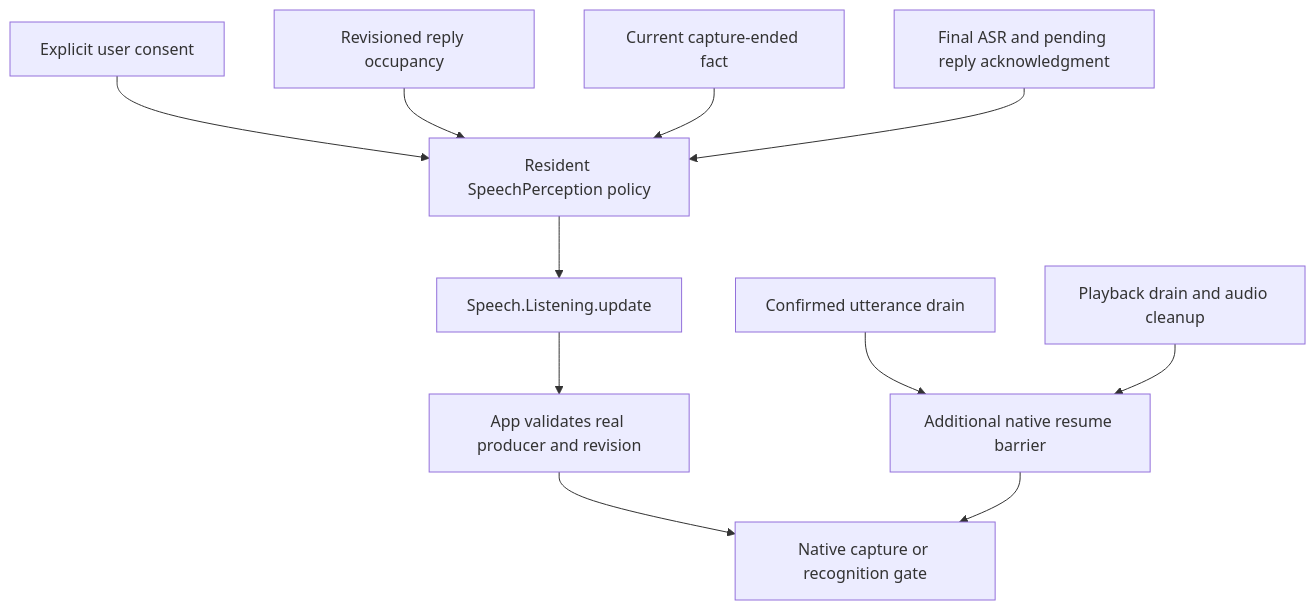
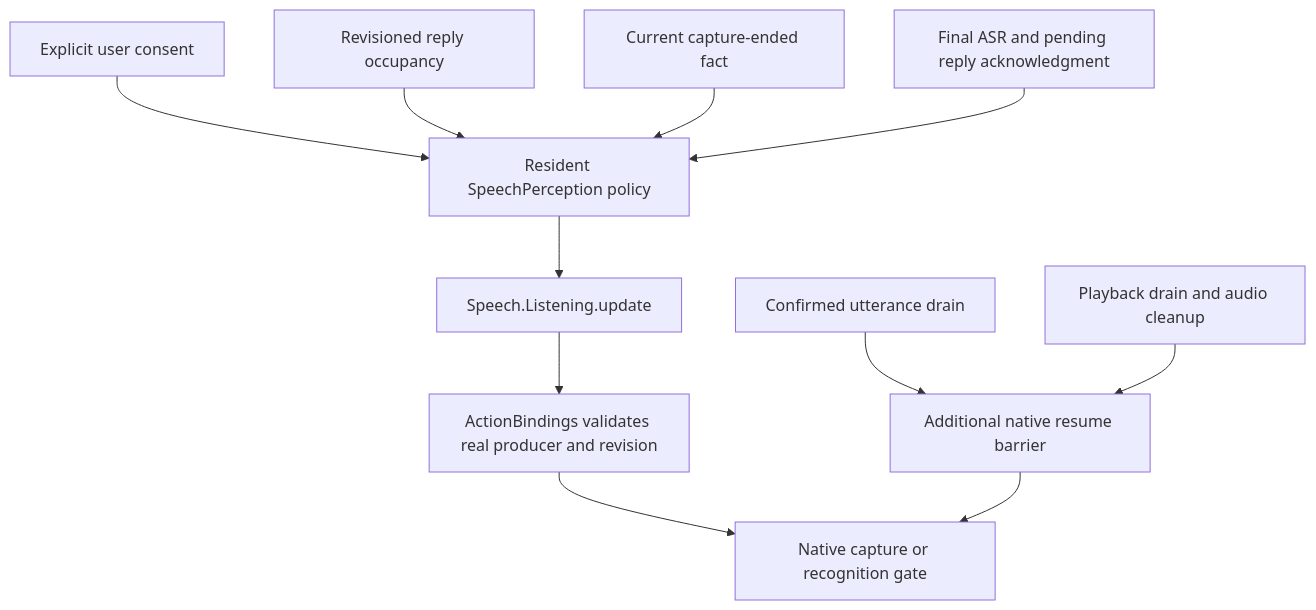
Diagram 15 of 32 in MobileHarness/README.md (devilyouwei/MobileHarness), drawn with Mermaid before and after one commit. The commit also changed other lines of this file and 254 other files, not shown here.

First line of the commit message:
refactor: isolate app composition and module bindings

````diff
--- a/MobileHarness/README.md
+++ b/MobileHarness/README.md
@@ -782,13 +746,13 @@
 ```mermaid
 flowchart TD
  Consent[Explicit user consent] --> Policy[Resident SpeechPerception policy]
  Reply[Revisioned reply occupancy] --> Policy
  Native[Current capture-ended fact] --> Policy
  Final[Final ASR and pending reply acknowledgment] --> Policy
  Policy --> Action[Speech.Listening.update]
- Action --> Host[App validates real producer and revision]
+ Action --> Host[ActionBindings validates real producer and revision]
  Host --> Capture[Native capture or recognition gate]
  Utterance[Confirmed utterance drain] --> Resume[Additional native resume barrier]
  Playback[Playback drain and audio cleanup] --> Resume
  Resume --> Capture
 ```
````
